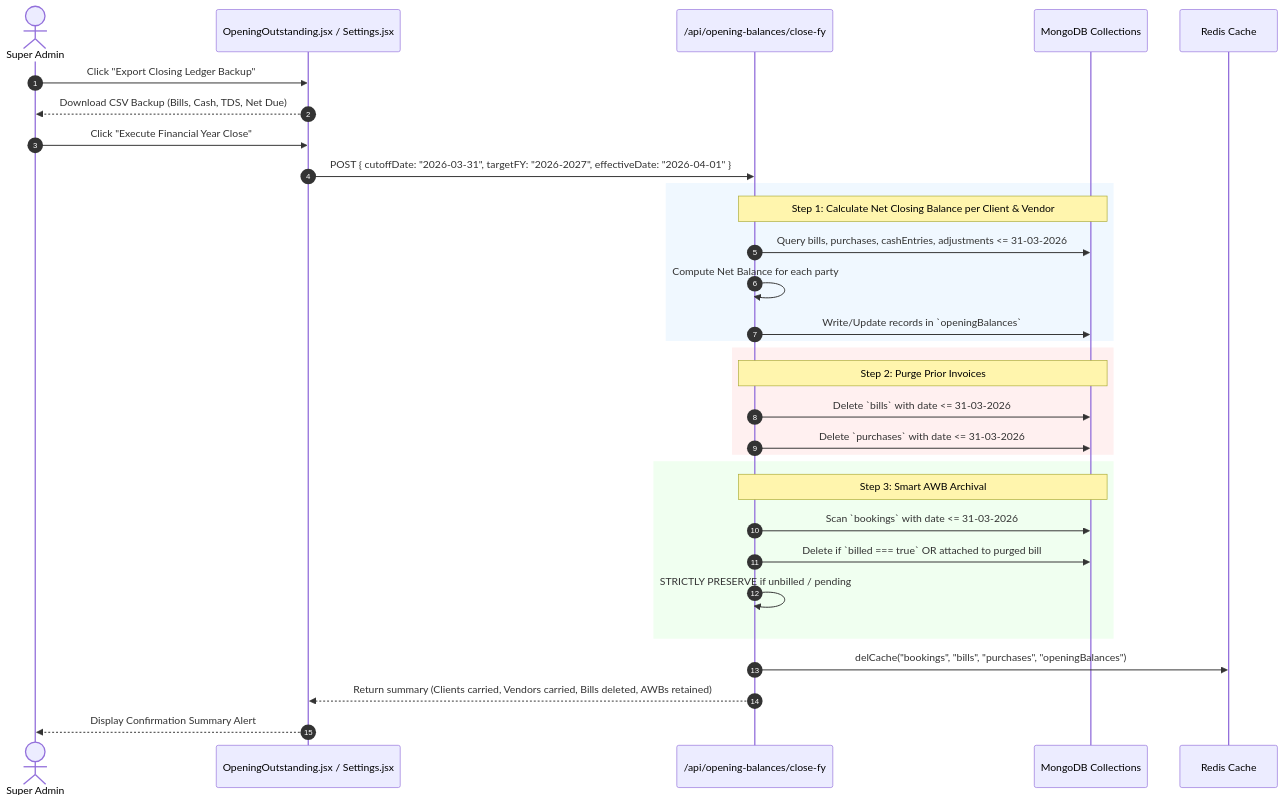
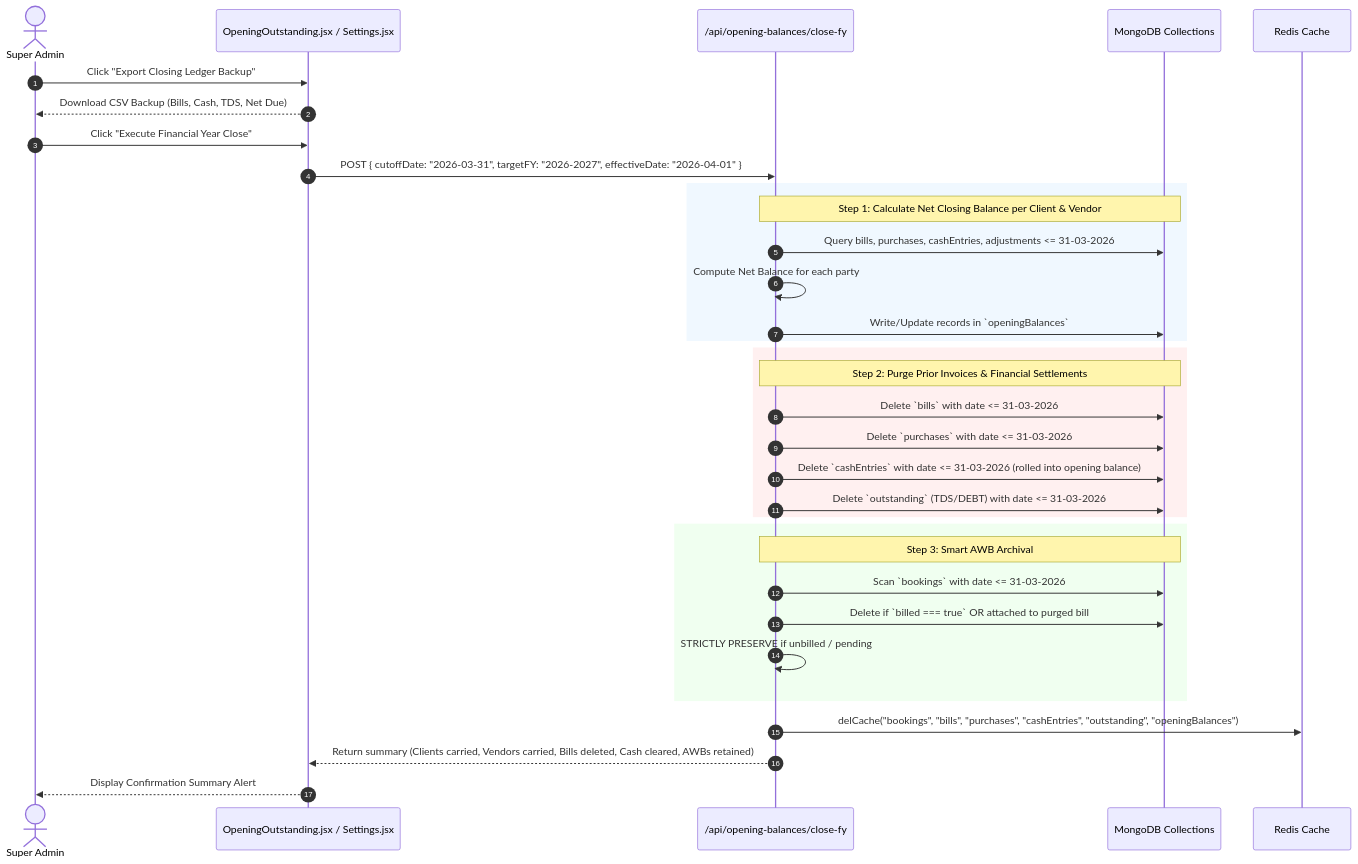
Before and after one commit to multimargcarriers/Multi-Marg-Privet-Limited: the diagram in docs/FLOWS_BUSINESS_LOGIC.md, drawn with Mermaid. The commit also changed 4 other files, not shown here.

Commit message:
fix: sync cash deletion with party payments and real-time outstanding calculations

````diff
--- a/docs/FLOWS_BUSINESS_LOGIC.md
+++ b/docs/FLOWS_BUSINESS_LOGIC.md
@@ -141,38 +141,40 @@
 ```mermaid
 sequenceDiagram
     autonumber
     actor Admin as Super Admin
     participant UI as OpeningOutstanding.jsx / Settings.jsx
     participant API as /api/opening-balances/close-fy
     participant DB as MongoDB Collections
     participant Cache as Redis Cache
 
     Admin->>UI: Click "Export Closing Ledger Backup"
     UI-->>Admin: Download CSV Backup (Bills, Cash, TDS, Net Due)
     Admin->>UI: Click "Execute Financial Year Close"
     UI->>API: POST { cutoffDate: "2026-03-31", targetFY: "2026-2027", effectiveDate: "2026-04-01" }
     
     rect rgb(240, 248, 255)
     Note over API,DB: Step 1: Calculate Net Closing Balance per Client & Vendor
     API->>DB: Query bills, purchases, cashEntries, adjustments <= 31-03-2026
     API->>API: Compute Net Balance for each party
     API->>DB: Write/Update records in `openingBalances`
     end
 
     rect rgb(255, 240, 240)
-    Note over API,DB: Step 2: Purge Prior Invoices
+    Note over API,DB: Step 2: Purge Prior Invoices & Financial Settlements
     API->>DB: Delete `bills` with date <= 31-03-2026
     API->>DB: Delete `purchases` with date <= 31-03-2026
+    API->>DB: Delete `cashEntries` with date <= 31-03-2026 (rolled into opening balance)
+    API->>DB: Delete `outstanding` (TDS/DEBT) with date <= 31-03-2026
     end
 
     rect rgb(240, 255, 240)
     Note over API,DB: Step 3: Smart AWB Archival
     API->>DB: Scan `bookings` with date <= 31-03-2026
     API->>DB: Delete if `billed === true` OR attached to purged bill
     API->>API: STRICTLY PRESERVE if unbilled / pending
     end
 
-    API->>Cache: delCache("bookings", "bills", "purchases", "openingBalances")
-    API-->>UI: Return summary (Clients carried, Vendors carried, Bills deleted, AWBs retained)
+    API->>Cache: delCache("bookings", "bills", "purchases", "cashEntries", "outstanding", "openingBalances")
+    API-->>UI: Return summary (Clients carried, Vendors carried, Bills deleted, Cash cleared, AWBs retained)
     UI-->>Admin: Display Confirmation Summary Alert
 ```
````
